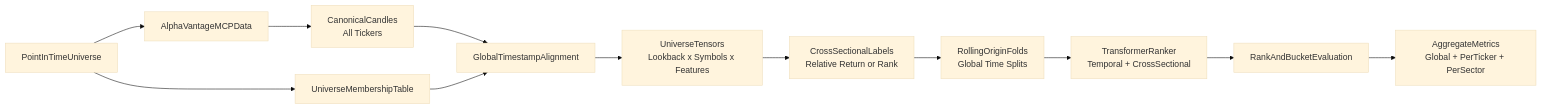
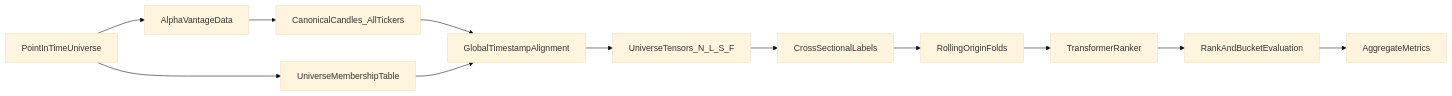
The diagram in plan.md (sophgen/stock-transformer), drawn with Mermaid (base theme) before and after one commit. The commit also changed other lines of this file and 20 other files, not shown here.

First line of the commit message:
Enhance Stock Transformer with Multi-Ticker Universe Features

````diff
--- a/plan.md
+++ b/plan.md
@@ -137,14 +235,14 @@
 ```mermaid
 flowchart LR
-  universe[PointInTimeUniverse] --> rawData[AlphaVantageMCPData]
-  rawData --> canonicalCandles[CanonicalCandles\nAll Tickers]
+  universe[PointInTimeUniverse] --> rawData[AlphaVantageData]
+  rawData --> canonicalCandles[CanonicalCandles_AllTickers]
   universe --> membership[UniverseMembershipTable]
   canonicalCandles --> align[GlobalTimestampAlignment]
   membership --> align
-  align --> tensors[UniverseTensors\nLookback x Symbols x Features]
-  tensors --> labels[CrossSectionalLabels\nRelative Return or Rank]
-  labels --> folds[RollingOriginFolds\nGlobal Time Splits]
-  folds --> model[TransformerRanker\nTemporal + CrossSectional]
+  align --> tensors[UniverseTensors_N_L_S_F]
+  tensors --> labels[CrossSectionalLabels]
+  labels --> folds[RollingOriginFolds]
+  folds --> model[TransformerRanker]
   model --> eval[RankAndBucketEvaluation]
-  eval --> metrics[AggregateMetrics\nGlobal + PerTicker + PerSector]
+  eval --> metrics[AggregateMetrics]
 ```
````
